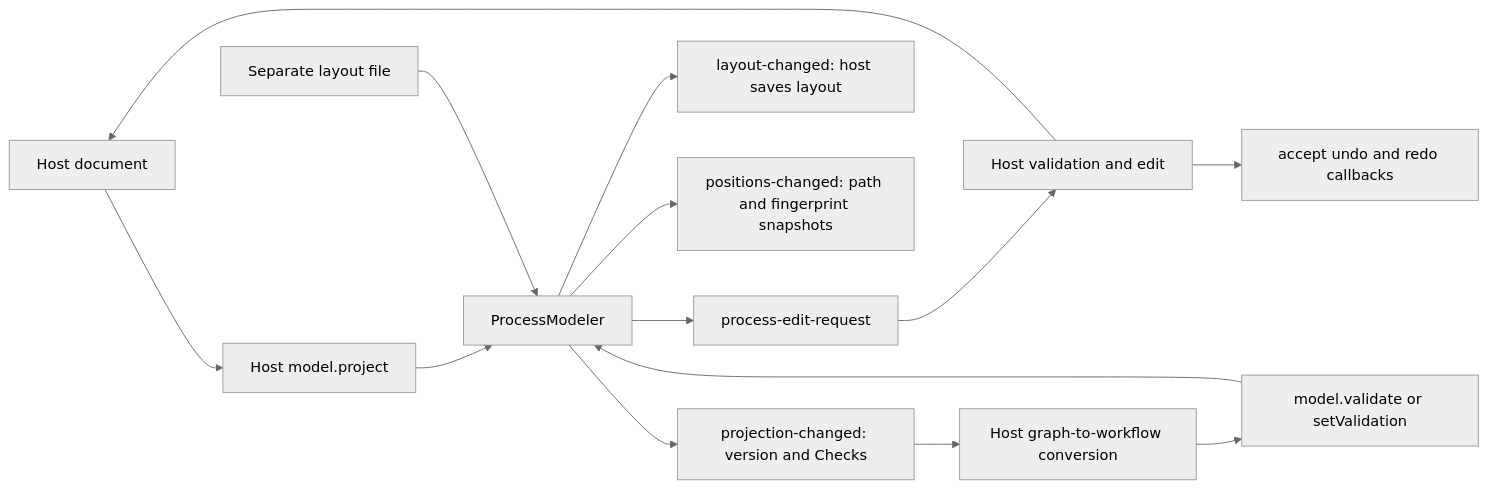
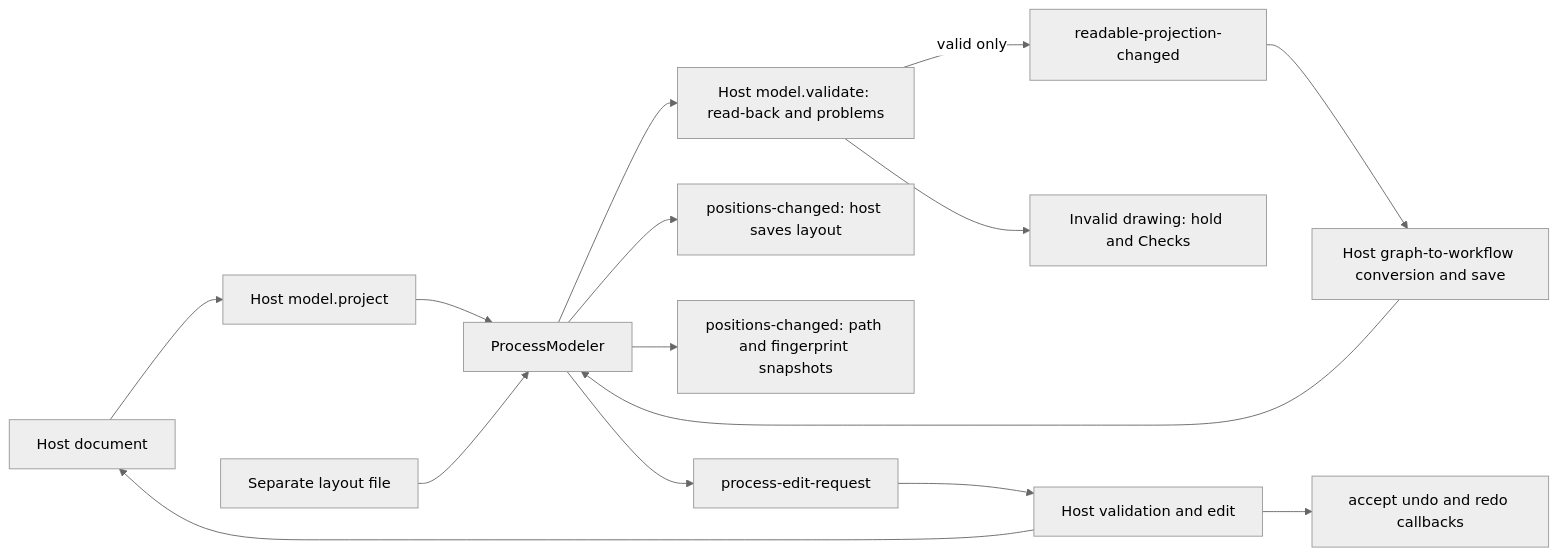
The diagram in docs/patterns/process-modeler.md (unofficialbox/box-open-elements), drawn with Mermaid (neutral theme) before and after one commit. The commit also changed other lines of this file and 13 other files, not shown here.

````diff
--- a/docs/patterns/process-modeler.md
+++ b/docs/patterns/process-modeler.md
@@ -7,16 +8,17 @@
 ```mermaid
 flowchart LR
   Document[Host document] --> Model[Host model.project]
   Model --> Canvas[ProcessModeler]
   Layout[Separate layout file] --> Canvas
   Canvas --> Request[process-edit-request]
   Request --> Host[Host validation and edit]
   Host --> Document
   Host --> History[accept undo and redo callbacks]
-  Canvas --> Save[layout-changed: host saves layout]
+  Canvas --> Save[positions-changed: host saves layout]
   Canvas --> Positions[positions-changed: path and fingerprint snapshots]
-  Canvas --> Version[projection-changed: version and Checks]
-  Version --> Conversion[Host graph-to-workflow conversion]
-  Conversion --> Validation[model.validate or setValidation]
-  Validation --> Canvas
+  Canvas --> Validation[Host model.validate: read-back and problems]
+  Validation --> Hold[Invalid drawing: hold and Checks]
+  Validation -->|valid only| Readable[readable-projection-changed]
+  Readable --> Conversion[Host graph-to-workflow conversion and save]
+  Conversion --> Canvas
 ```
````
